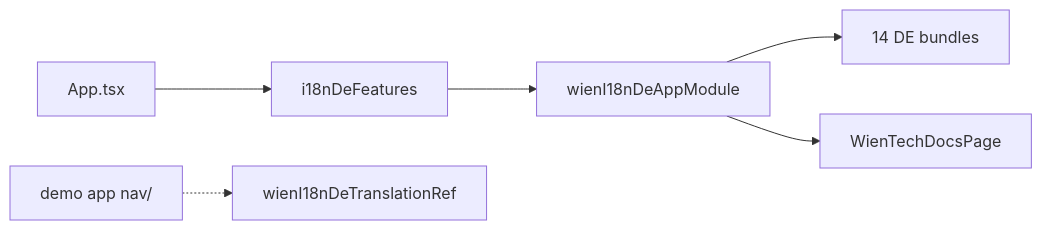
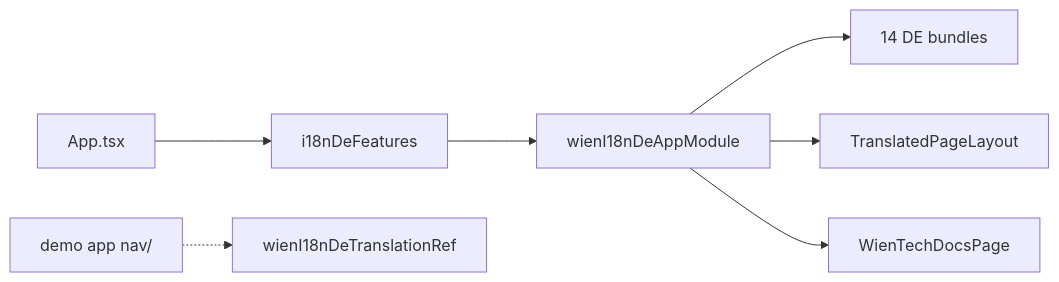
Before and after one commit to adis-b/hackstage: the diagram in my-backstage-app/plugins/backstage-i18n-de-plugin/README.md, drawn with Mermaid. The commit also changed other lines of this file and 8 other files, not shown here.

````diff
--- a/my-backstage-app/plugins/backstage-i18n-de-plugin/README.md
+++ b/my-backstage-app/plugins/backstage-i18n-de-plugin/README.md
@@ -71,8 +73,9 @@
 ```mermaid
 flowchart LR
   AppTsx[App.tsx] --> i18nDeFeatures[i18nDeFeatures]
   i18nDeFeatures --> AppModule[wienI18nDeAppModule]
   AppModule --> Translations[14 DE bundles]
+  AppModule --> PageLayout[TranslatedPageLayout]
   AppModule --> TechDocs[WienTechDocsPage]
   DemoNav[demo app nav/] -.-> Ref[wienI18nDeTranslationRef]
 ```
````
